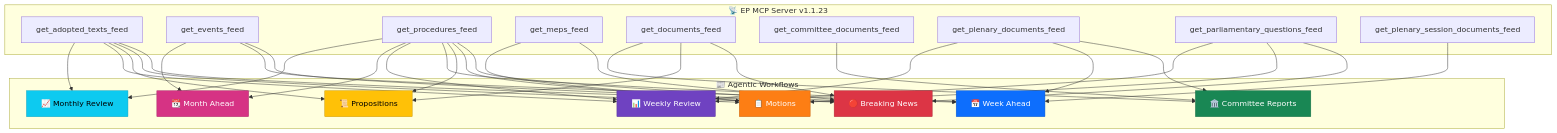
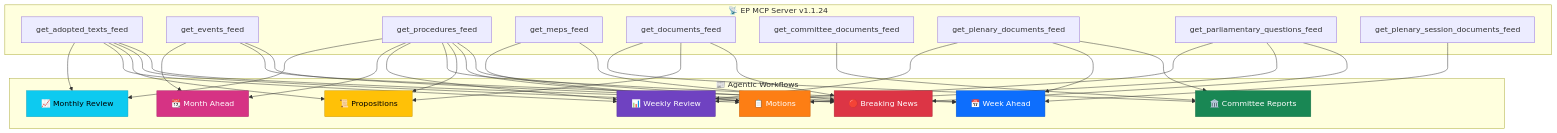
Before and after one commit to Hack23/euparliamentmonitor: the fifth of 7 diagrams in docs/api/media/README-3.md, drawn with Mermaid. The commit also changed other lines of this file and 29 other files, not shown here.

First line of the commit message:
chore: bump EP MCP server refs to 1.1.24 across workflows and docs

````diff
--- a/docs/api/media/README-3.md
+++ b/docs/api/media/README-3.md
@@ -357,44 +357,44 @@
 ```mermaid
 flowchart TD
-    subgraph "📡 EP MCP Server v1.1.23"
+    subgraph "📡 EP MCP Server v1.1.24"
         F1["get_adopted_texts_feed"]
         F2["get_events_feed"]
         F3["get_procedures_feed"]
         F4["get_meps_feed"]
         F5["get_documents_feed"]
         F6["get_committee_documents_feed"]
         F7["get_plenary_documents_feed"]
         F8["get_parliamentary_questions_feed"]
         F9["get_plenary_session_documents_feed"]
     end
 
     subgraph "📰 Agentic Workflows"
         W1["🔴 Breaking News"]
         W2["📋 Motions"]
         W3["📜 Propositions"]
         W4["🏛️ Committee Reports"]
         W5["📅 Week Ahead"]
         W6["📊 Weekly Review"]
         W7["📆 Month Ahead"]
         W8["📈 Monthly Review"]
     end
 
     F1 --> W1 & W2 & W3 & W6 & W8
     F2 --> W1 & W5 & W7
     F3 --> W1 & W2 & W3 & W5 & W6 & W7 & W8
     F4 --> W1 & W2
     F5 --> W1 & W3 & W4
     F6 --> W4
     F7 --> W4 & W5 & W6
     F8 --> W1 & W2 & W6
     F9 --> W5
 
     style W1 fill:#dc3545,stroke:#b02a37,color:#fff
     style W2 fill:#fd7e14,stroke:#ca6510,color:#fff
     style W3 fill:#ffc107,stroke:#cc9a06,color:#000
     style W4 fill:#198754,stroke:#146c43,color:#fff
     style W5 fill:#0d6efd,stroke:#0a58ca,color:#fff
     style W6 fill:#6f42c1,stroke:#59359a,color:#fff
     style W7 fill:#d63384,stroke:#ab296a,color:#fff
     style W8 fill:#0dcaf0,stroke:#0aa2c0,color:#000
 ```
````
